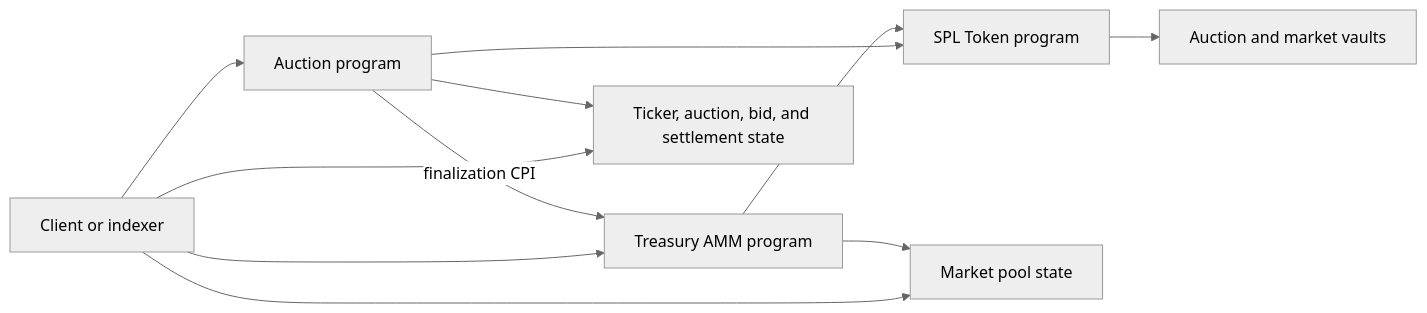
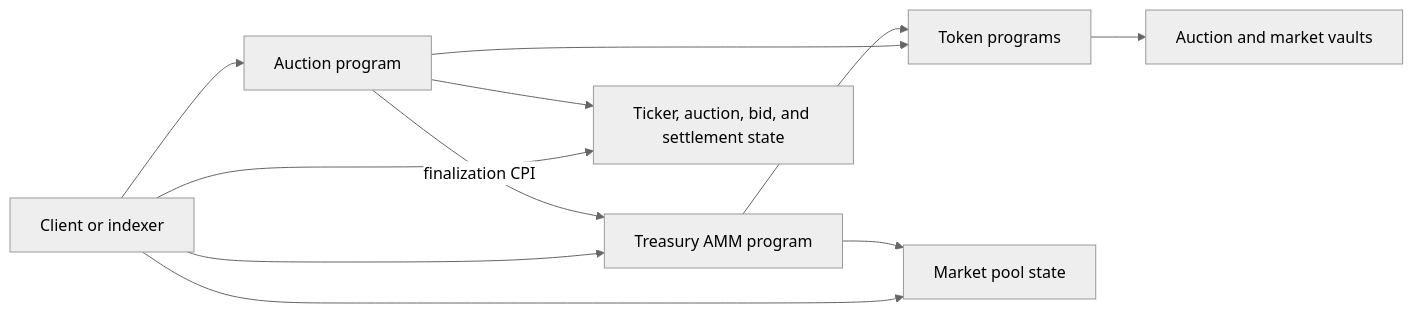
One commit to CrocSwap/futa-finance-docs changed the diagram in website/docs/build-with-futa/concepts/protocol-architecture.md. Above: the diagram before and after it, drawn with Mermaid (neutral theme). The commit also changed other lines of this file and 4 other files, not shown here.

````diff
--- a/website/docs/build-with-futa/concepts/protocol-architecture.md
+++ b/website/docs/build-with-futa/concepts/protocol-architecture.md
@@ -19,21 +19,21 @@
 ```mermaid
 flowchart LR
     client["Client or indexer"]
     auction["Auction program"]
     market["Treasury AMM program"]
-    token["SPL Token program"]
+    token["Token programs"]
     auctionState["Ticker, auction, bid, and settlement state"]
     poolState["Market pool state"]
     vaults["Auction and market vaults"]
 
     client --> auction
     client --> market
     client --> auctionState
     client --> poolState
     auction --> auctionState
     auction --> token
     auction -->|"finalization CPI"| market
     market --> poolState
     market --> token
     token --> vaults
 ```
````
